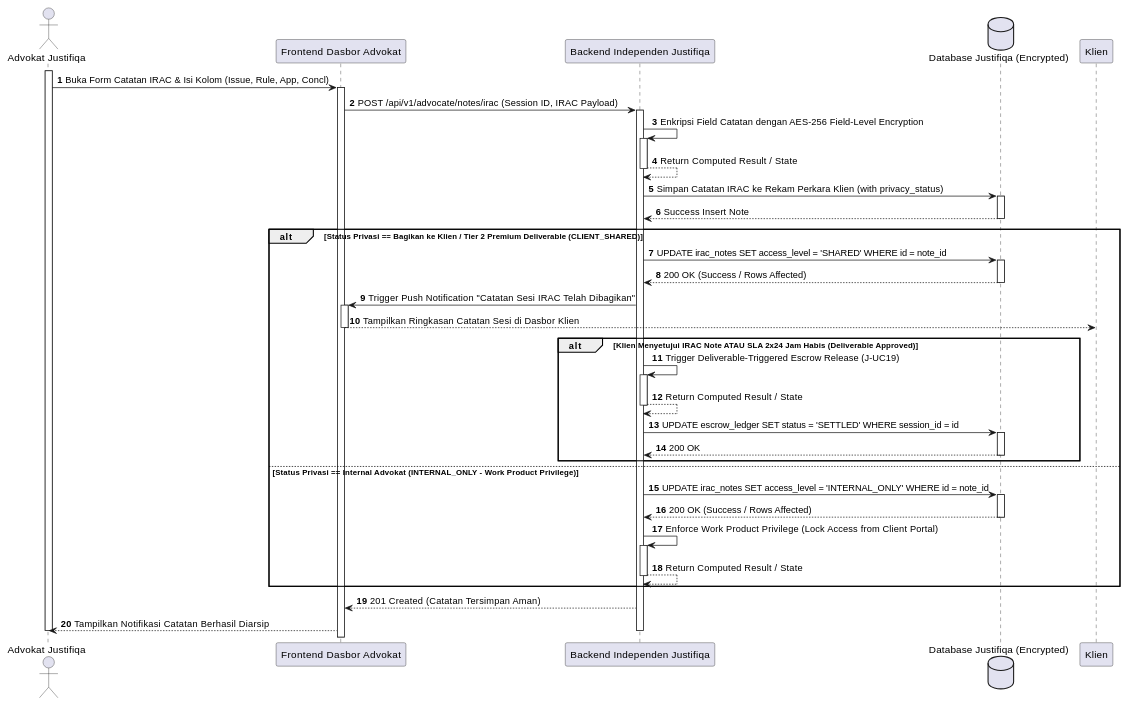
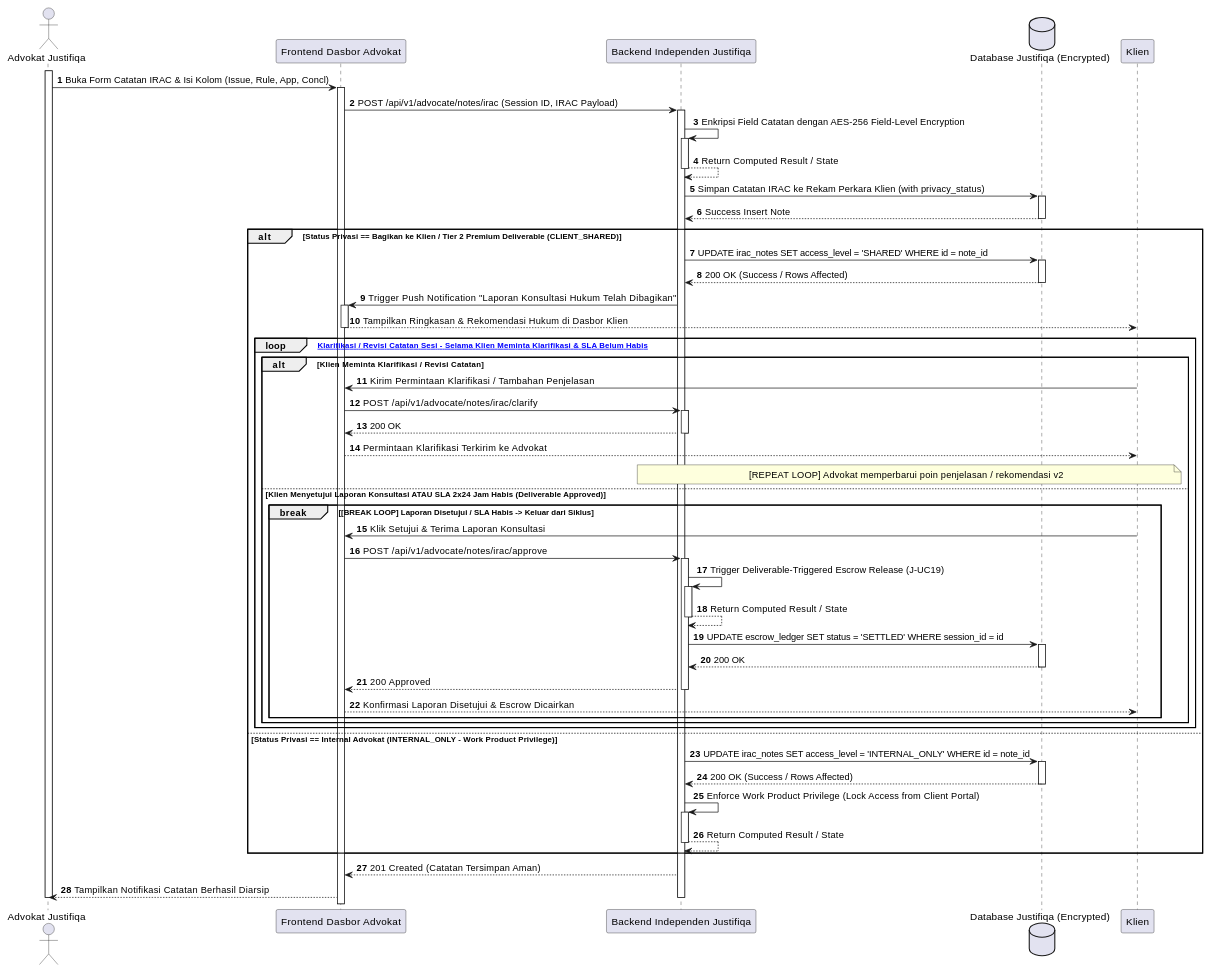
Before and after one commit to tupperwureism/SuperApp-Gagal: the eighth of 28 diagrams in MarkDown/plantuml_sequence_diagrams.md, drawn with PlantUML. The commit also changed 1 other file, not shown here.

Commit message:
fix(uml): adjust AD-J-06 repeat loop start to drafting activity and sync SD-J-08 clarification cycle with legal practice standards

````diff
--- a/MarkDown/plantuml_sequence_diagrams.md
+++ b/MarkDown/plantuml_sequence_diagrams.md
@@ -636,41 +636,56 @@
 ```plantuml
 @startuml
 autonumber
 actor "Advokat Justifiqa" as Mitra
 participant "Frontend Dasbor Advokat" as FE
 participant "Backend Independen Justifiqa" as BE
 database "Database Justifiqa (Encrypted)" as DB
 
 activate Mitra
 Mitra -> FE ++ : Buka Form Catatan IRAC & Isi Kolom (Issue, Rule, App, Concl)
 FE -> BE ++ : POST /api/v1/advocate/notes/irac (Session ID, IRAC Payload)
 BE -> BE ++ : Enkripsi Field Catatan dengan AES-256 Field-Level Encryption
 BE --> BE -- : Return Computed Result / State
 BE -> DB ++ : Simpan Catatan IRAC ke Rekam Perkara Klien (with privacy_status)
 DB --> BE -- : Success Insert Note
 
 alt Status Privasi == Bagikan ke Klien / Tier 2 Premium Deliverable (CLIENT_SHARED)
     BE -> DB ++ : UPDATE irac_notes SET access_level = 'SHARED' WHERE id = note_id
     DB --> BE -- : 200 OK (Success / Rows Affected)
-    BE -> FE ++ : Trigger Push Notification "Catatan Sesi IRAC Telah Dibagikan"
-    FE --> Klien : Tampilkan Ringkasan Catatan Sesi di Dasbor Klien
+    BE -> FE ++ : Trigger Push Notification "Laporan Konsultasi Hukum Telah Dibagikan"
+    FE --> Klien : Tampilkan Ringkasan & Rekomendasi Hukum di Dasbor Klien
     deactivate FE
-    alt Klien Menyetujui IRAC Note ATAU SLA 2x24 Jam Habis (Deliverable Approved)
-        BE -> BE ++ : Trigger Deliverable-Triggered Escrow Release (J-UC19)
-        BE --> BE -- : Return Computed Result / State
-        BE -> DB ++ : UPDATE escrow_ledger SET status = 'SETTLED' WHERE session_id = id
-        DB --> BE -- : 200 OK
+    
+    loop [Siklus Klarifikasi / Revisi Catatan Sesi - Selama Klien Meminta Klarifikasi & SLA Belum Habis]
+        alt Klien Meminta Klarifikasi / Revisi Catatan
+            Klien -> FE : Kirim Permintaan Klarifikasi / Tambahan Penjelasan
+            FE -> BE ++ : POST /api/v1/advocate/notes/irac/clarify
+            BE --> FE -- : 200 OK
+            FE --> Klien : Permintaan Klarifikasi Terkirim ke Advokat
+            note over Klien, BE : [REPEAT LOOP] Advokat memperbarui poin penjelasan / rekomendasi v2
+        else Klien Menyetujui Laporan Konsultasi ATAU SLA 2x24 Jam Habis (Deliverable Approved)
+            break [BREAK LOOP] Laporan Disetujui / SLA Habis -> Keluar dari Siklus
+                Klien -> FE : Klik Setujui & Terima Laporan Konsultasi
+                FE -> BE ++ : POST /api/v1/advocate/notes/irac/approve
+                BE -> BE ++ : Trigger Deliverable-Triggered Escrow Release (J-UC19)
+                BE --> BE -- : Return Computed Result / State
+                BE -> DB ++ : UPDATE escrow_ledger SET status = 'SETTLED' WHERE session_id = id
+                DB --> BE -- : 200 OK
+                BE --> FE -- : 200 Approved
+                FE --> Klien : Konfirmasi Laporan Disetujui & Escrow Dicairkan
+            end
+        end
     end
 else Status Privasi == Internal Advokat (INTERNAL_ONLY - Work Product Privilege)
     BE -> DB ++ : UPDATE irac_notes SET access_level = 'INTERNAL_ONLY' WHERE id = note_id
     DB --> BE -- : 200 OK (Success / Rows Affected)
     BE -> BE ++ : Enforce Work Product Privilege (Lock Access from Client Portal)
     BE --> BE -- : Return Computed Result / State
 end
 
 BE --> FE : 201 Created (Catatan Tersimpan Aman)
 FE --> Mitra : Tampilkan Notifikasi Catatan Berhasil Diarsip
 deactivate BE
 deactivate Mitra
 @enduml
 ```
````
